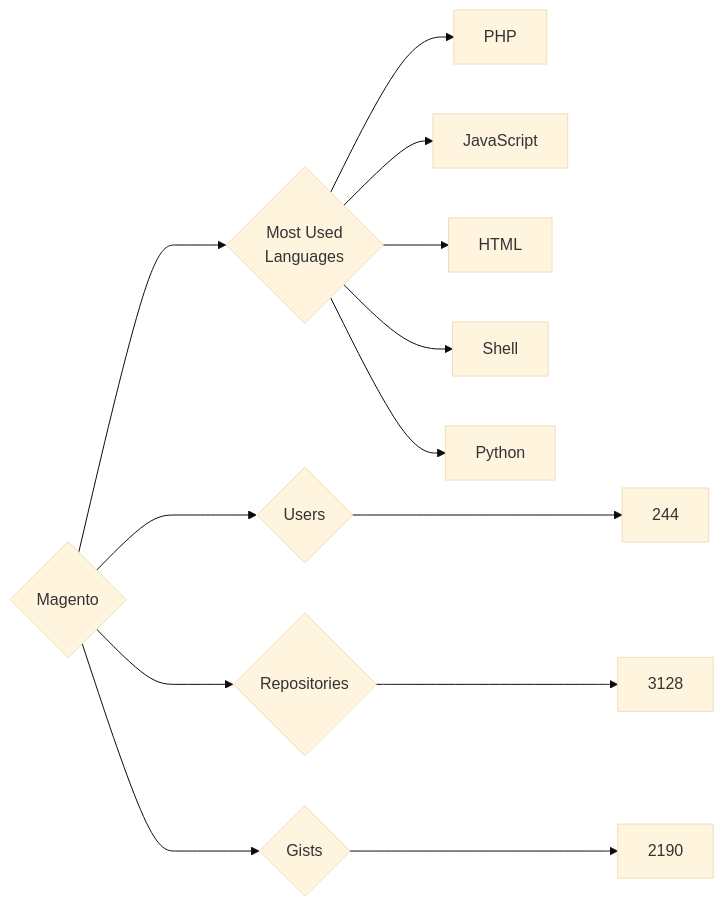
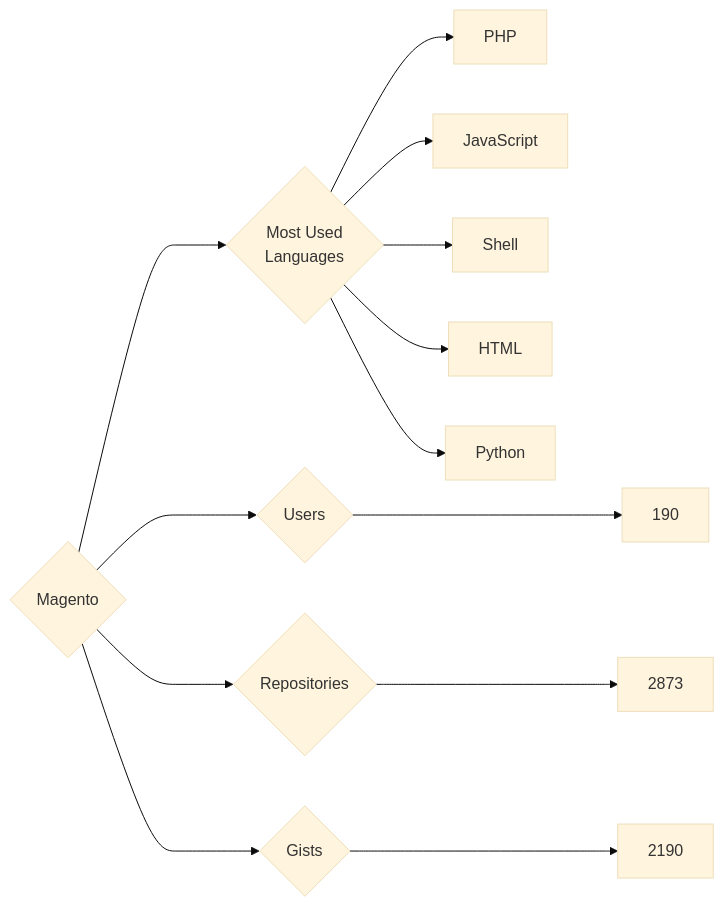
The diagram in targets/Magento/README.md (trickest/insiders), drawn with Mermaid (base theme) before and after one commit. The commit also changed 826 other files, not shown here.

````diff
--- a/targets/Magento/README.md
+++ b/targets/Magento/README.md
@@ -3,13 +3,13 @@
 ```mermaid
 graph LR
 COMPANY_NAME{Magento}
-COMPANY_NAME ---> U{Users} ---> UN[244]
-COMPANY_NAME ---> R{Repositories} ---> RN[3128]
+COMPANY_NAME ---> U{Users} ---> UN[190]
+COMPANY_NAME ---> R{Repositories} ---> RN[2873]
 COMPANY_NAME ---> G{Gists} ---> GN[2190]
 COMPANY_NAME ---> ML{Most Used<br>Languages}
 ML --> PHP[PHP]
 ML --> JavaScript[JavaScript]
+ML --> Shell[Shell]
 ML --> HTML[HTML]
-ML --> Shell[Shell]
 ML --> Python[Python]
 ```
````
